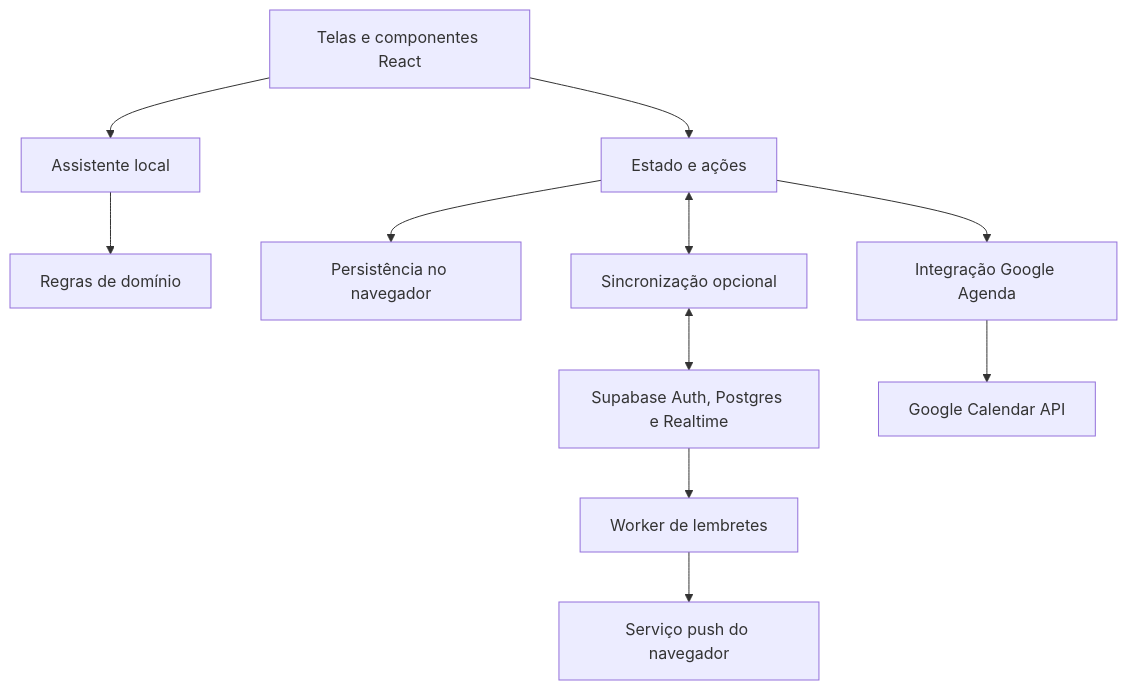
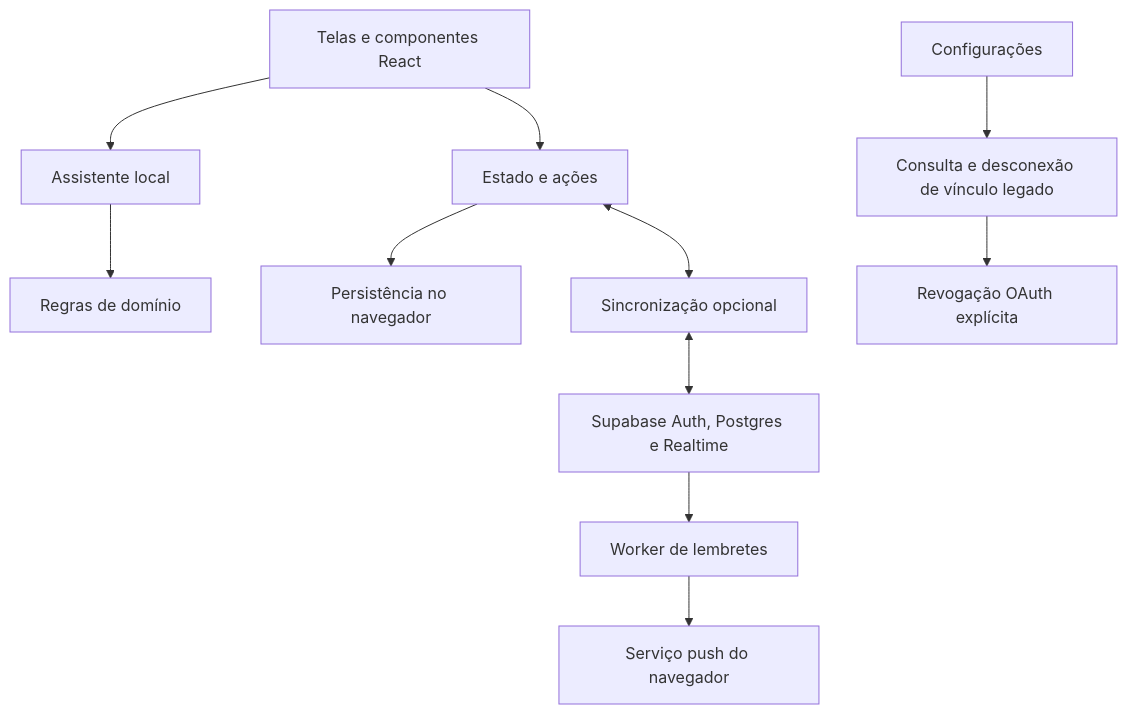
One commit to LucasFigs/leve changed the diagram in docs/arquitetura.md. Above: the diagram before and after it, drawn with Mermaid. The commit also changed other lines of this file and 25 other files, not shown here.

Commit message:
refactor: encerra Google Agenda no MVP preservando login e dados

````diff
--- a/docs/arquitetura.md
+++ b/docs/arquitetura.md
@@ -5,13 +5,13 @@
 ```mermaid
 flowchart TD
   UI[Telas e componentes React] --> Store[Estado e ações]
   UI --> Assistant[Assistente local]
   Assistant --> Domain[Regras de domínio]
   Store --> Local[Persistência no navegador]
   Store <--> Sync[Sincronização opcional]
   Sync <--> Supabase[Supabase Auth, Postgres e Realtime]
-  Store --> Calendar[Integração Google Agenda]
-  Calendar --> Google[Google Calendar API]
+  Settings[Configurações] --> Calendar[Consulta e desconexão de vínculo legado]
+  Calendar --> Google[Revogação OAuth explícita]
   Supabase --> Worker[Worker de lembretes]
   Worker --> Push[Serviço push do navegador]
 ```
````
